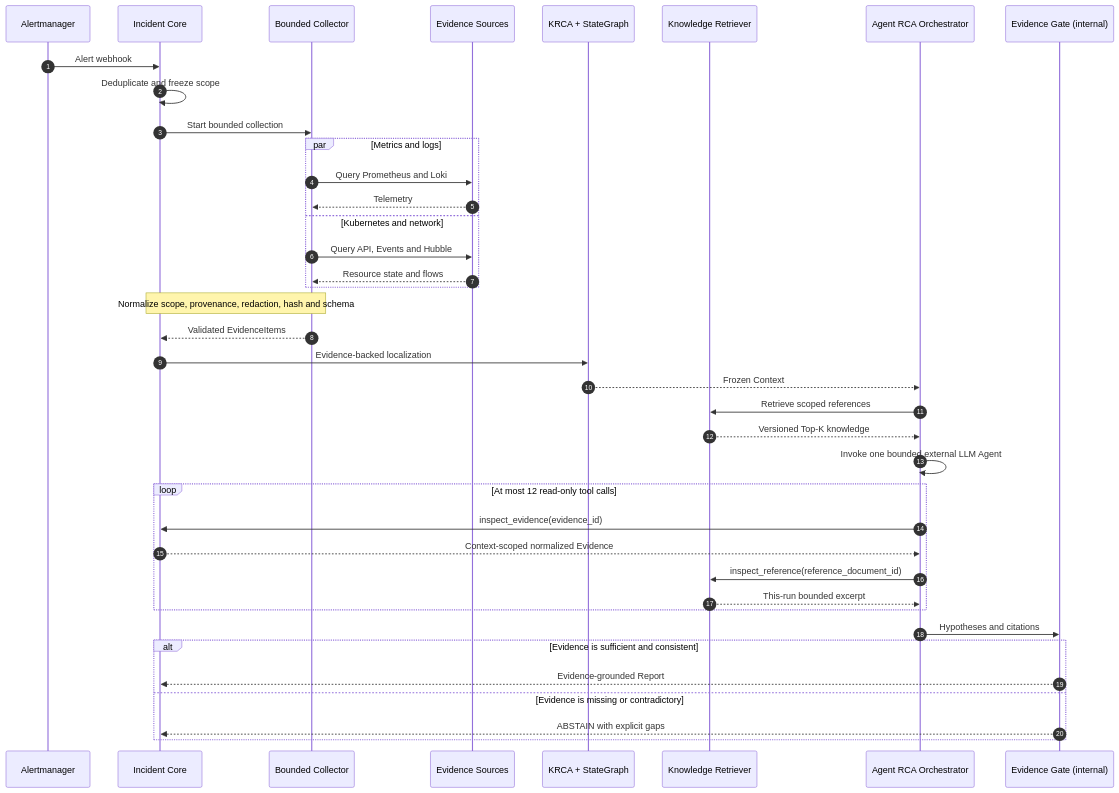
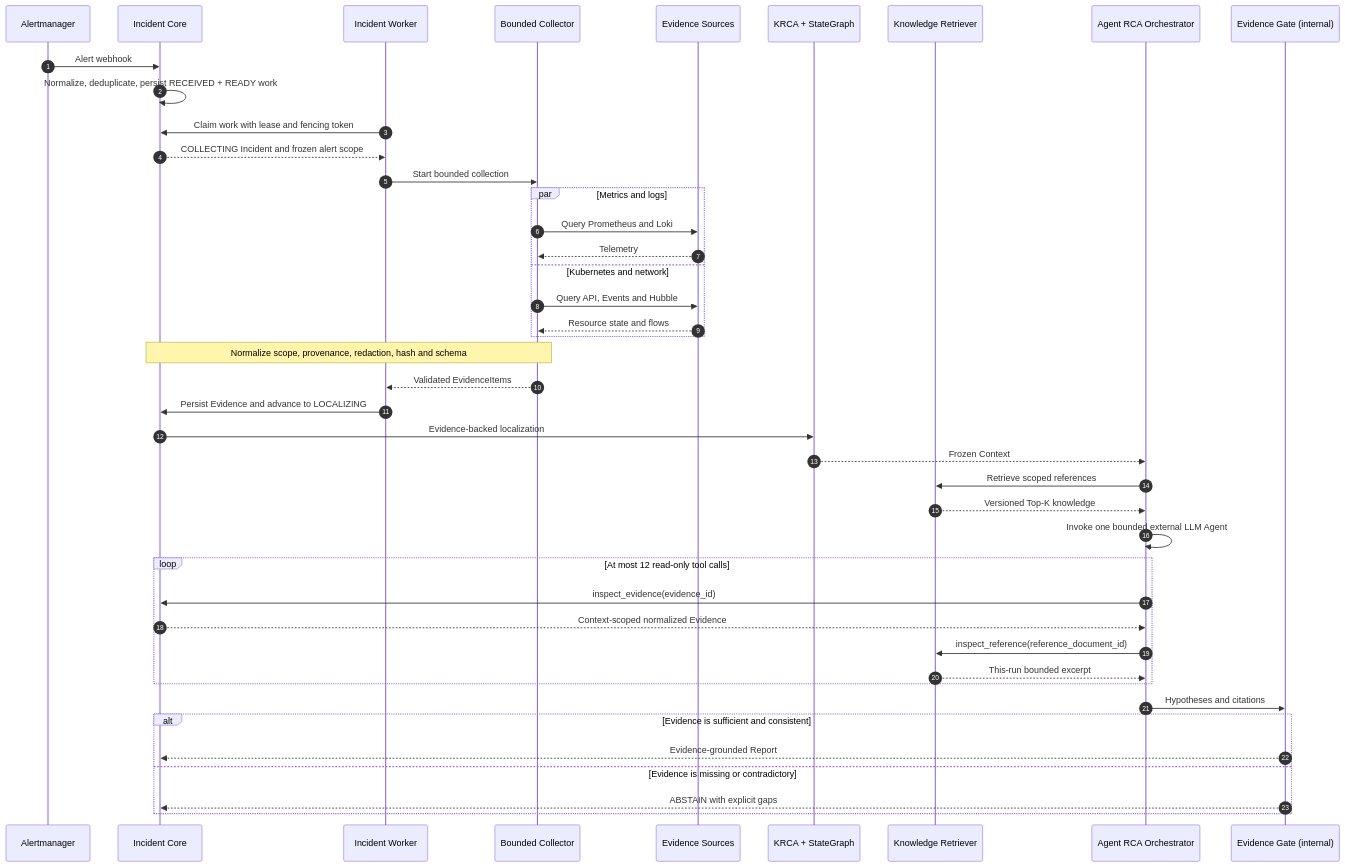
The second of 2 diagrams in README.md (kyunghoon02/agent-RCA), drawn with Mermaid before and after one commit. The commit also changed other lines of this file and 23 other files, not shown here.

````diff
--- a/README.md
+++ b/README.md
@@ -73,42 +74,46 @@
 ```mermaid
 sequenceDiagram
     autonumber
     participant AM as Alertmanager
     participant IC as Incident Core
+    participant IW as Incident Worker
     participant BC as Bounded Collector
     participant ES as Evidence Sources
     participant LS as KRCA + StateGraph
     participant KR as Knowledge Retriever
     participant AO as Agent RCA Orchestrator
     participant EG as Evidence Gate (internal)
 
     AM->>IC: Alert webhook
-    IC->>IC: Deduplicate and freeze scope
-    IC->>BC: Start bounded collection
+    IC->>IC: Normalize, deduplicate, persist RECEIVED + READY work
+    IW->>IC: Claim work with lease and fencing token
+    IC-->>IW: COLLECTING Incident and frozen alert scope
+    IW->>BC: Start bounded collection
     par Metrics and logs
         BC->>ES: Query Prometheus and Loki
         ES-->>BC: Telemetry
     and Kubernetes and network
         BC->>ES: Query API, Events and Hubble
         ES-->>BC: Resource state and flows
     end
     Note over IC,BC: Normalize scope, provenance, redaction, hash and schema
-    BC-->>IC: Validated EvidenceItems
+    BC-->>IW: Validated EvidenceItems
+    IW->>IC: Persist Evidence and advance to LOCALIZING
     IC->>LS: Evidence-backed localization
     LS-->>AO: Frozen Context
     AO->>KR: Retrieve scoped references
     KR-->>AO: Versioned Top-K knowledge
     AO->>AO: Invoke one bounded external LLM Agent
     loop At most 12 read-only tool calls
         AO->>IC: inspect_evidence(evidence_id)
         IC-->>AO: Context-scoped normalized Evidence
         AO->>KR: inspect_reference(reference_document_id)
         KR-->>AO: This-run bounded excerpt
     end
     AO->>EG: Hypotheses and citations
     alt Evidence is sufficient and consistent
         EG-->>IC: Evidence-grounded Report
     else Evidence is missing or contradictory
         EG-->>IC: ABSTAIN with explicit gaps
     end
 ```
````
